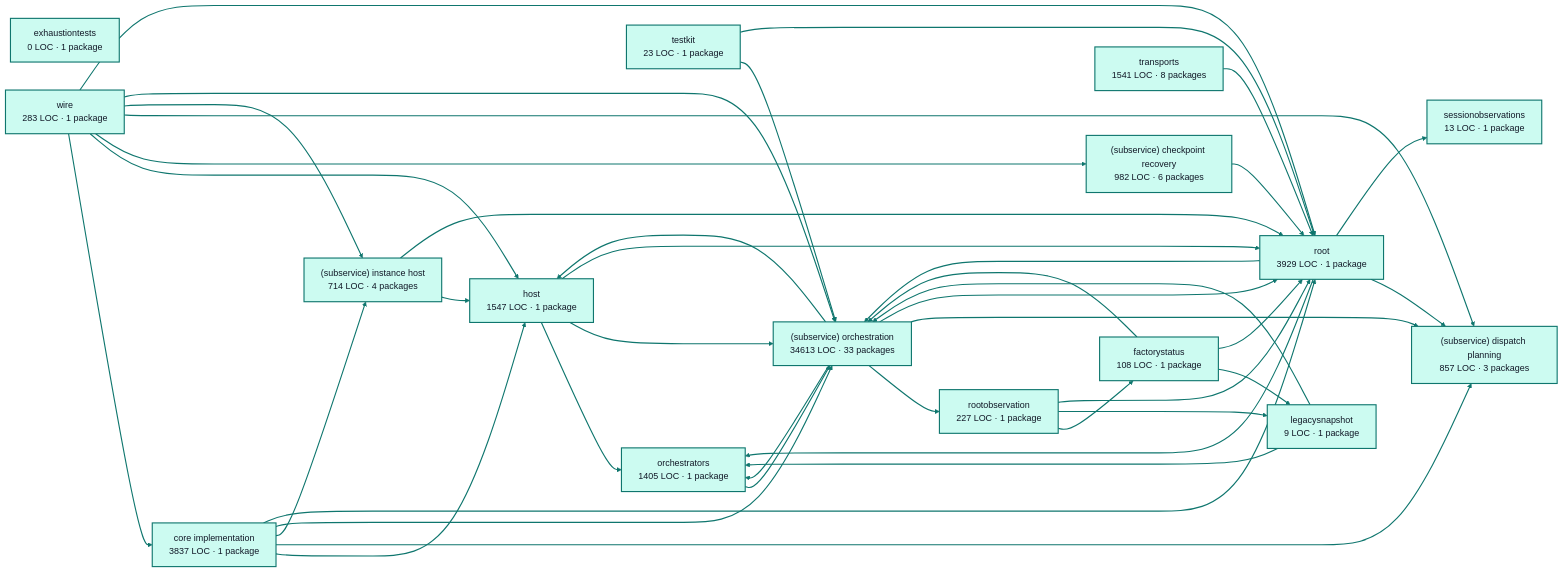
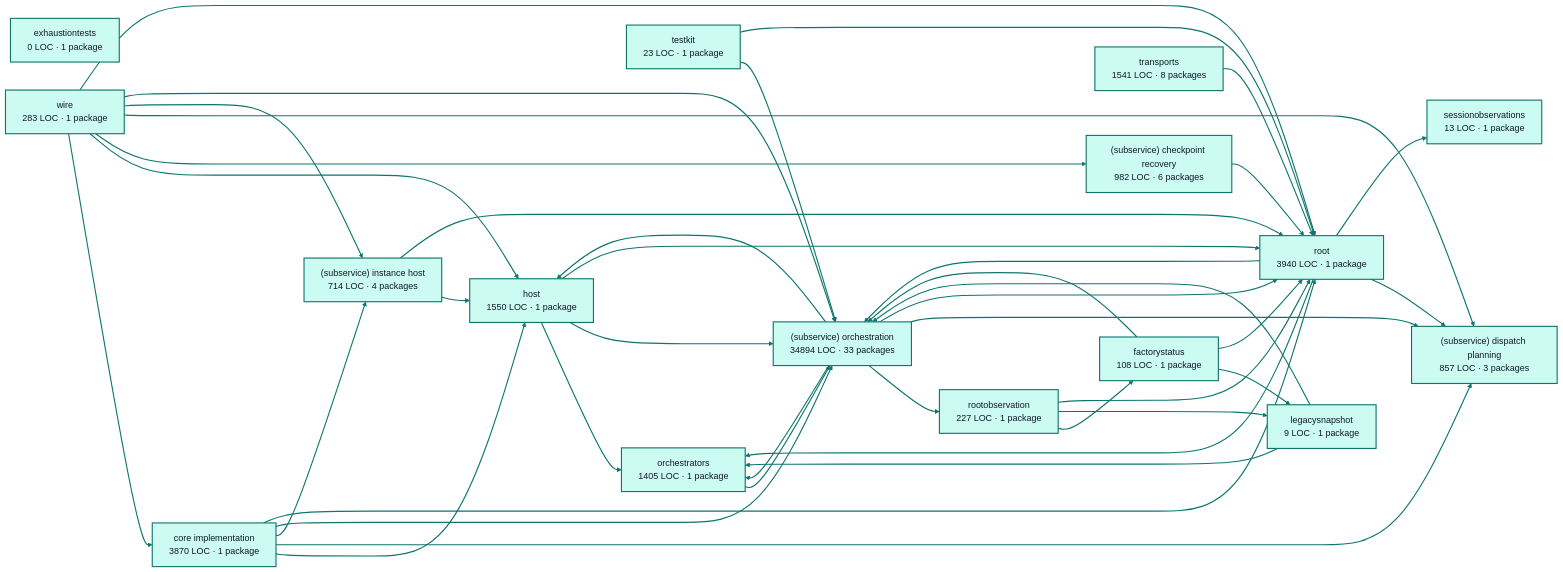
Before and after one commit to portpowered/you-agent-factory: the diagram in docs/architecture/visualizations/services/factory_runtime.md, drawn with Mermaid (forest theme). The commit also changed other lines of this file and 20 other files, not shown here.

Commit message:
docs: refresh backend architecture visualizations

````diff
--- a/docs/architecture/visualizations/services/factory_runtime.md
+++ b/docs/architecture/visualizations/services/factory_runtime.md
@@ -11,75 +11,75 @@
 ```mermaid
 flowchart LR
-  p0["core implementation<br/>3837 LOC · 1 package"]
+  p0["core implementation<br/>3870 LOC · 1 package"]
   p1["exhaustiontests<br/>0 LOC · 1 package"]
   p2["factorystatus<br/>108 LOC · 1 package"]
-  p3["host<br/>1547 LOC · 1 package"]
+  p3["host<br/>1550 LOC · 1 package"]
   p4["legacysnapshot<br/>9 LOC · 1 package"]
   p5["orchestrators<br/>1405 LOC · 1 package"]
   p6["rootobservation<br/>227 LOC · 1 package"]
   p7["(subservice) checkpoint recovery<br/>982 LOC · 6 packages"]
   p8["(subservice) dispatch planning<br/>857 LOC · 3 packages"]
   p9["(subservice) instance host<br/>714 LOC · 4 packages"]
-  p10["(subservice) orchestration<br/>34613 LOC · 33 packages"]
+  p10["(subservice) orchestration<br/>34894 LOC · 33 packages"]
   p11["sessionobservations<br/>13 LOC · 1 package"]
   p12["testkit<br/>23 LOC · 1 package"]
-  p13["root<br/>3929 LOC · 1 package"]
+  p13["root<br/>3940 LOC · 1 package"]
   p14["transports<br/>1541 LOC · 8 packages"]
   p15["wire<br/>283 LOC · 1 package"]
   p0 --> p3
   p0 --> p8
   p0 --> p9
   p0 --> p10
   p0 --> p13
   p2 --> p4
   p2 --> p10
   p2 --> p13
   p3 --> p5
   p3 --> p10
   p3 --> p13
   p4 --> p5
   p4 --> p10
   p5 --> p10
   p6 --> p2
   p6 --> p4
   p6 --> p13
   p7 --> p13
   p9 --> p3
   p9 --> p13
   p10 --> p3
   p10 --> p5
   p10 --> p6
   p10 --> p8
   p10 --> p13
   p12 --> p10
   p12 --> p13
   p13 --> p5
   p13 --> p8
   p13 --> p10
   p13 --> p11
   p14 --> p13
   p15 --> p0
   p15 --> p3
   p15 --> p7
   p15 --> p8
   p15 --> p9
   p15 --> p10
   p15 --> p13
   style p0 fill:#ccfbf1,stroke:#0f766e,stroke-width:2px,color:#111827
   style p1 fill:#ccfbf1,stroke:#0f766e,stroke-width:2px,color:#111827
   style p2 fill:#ccfbf1,stroke:#0f766e,stroke-width:2px,color:#111827
   style p3 fill:#ccfbf1,stroke:#0f766e,stroke-width:2px,color:#111827
   style p4 fill:#ccfbf1,stroke:#0f766e,stroke-width:2px,color:#111827
   style p5 fill:#ccfbf1,stroke:#0f766e,stroke-width:2px,color:#111827
   style p6 fill:#ccfbf1,stroke:#0f766e,stroke-width:2px,color:#111827
   style p7 fill:#ccfbf1,stroke:#0f766e,stroke-width:2px,color:#111827
   style p8 fill:#ccfbf1,stroke:#0f766e,stroke-width:2px,color:#111827
   style p9 fill:#ccfbf1,stroke:#0f766e,stroke-width:2px,color:#111827
   style p10 fill:#ccfbf1,stroke:#0f766e,stroke-width:2px,color:#111827
   style p11 fill:#ccfbf1,stroke:#0f766e,stroke-width:2px,color:#111827
   style p12 fill:#ccfbf1,stroke:#0f766e,stroke-width:2px,color:#111827
   style p13 fill:#ccfbf1,stroke:#0f766e,stroke-width:2px,color:#111827
   style p14 fill:#ccfbf1,stroke:#0f766e,stroke-width:2px,color:#111827
   style p15 fill:#ccfbf1,stroke:#0f766e,stroke-width:2px,color:#111827
   linkStyle default stroke:#0f766e,stroke-width:2px
 ```
````
